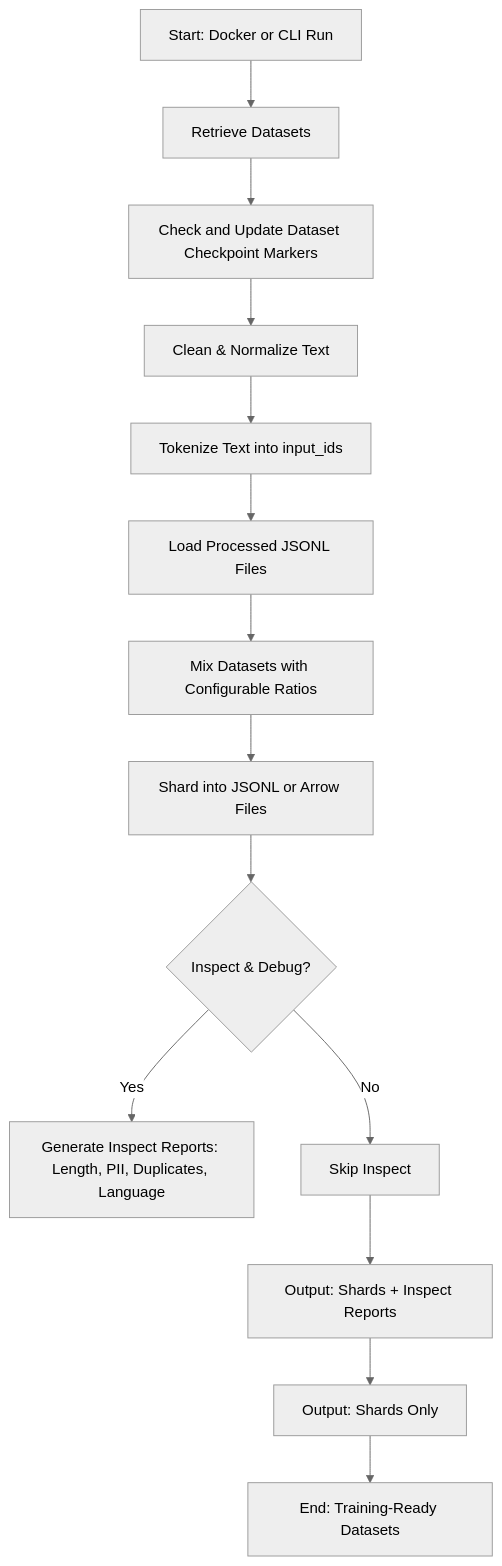
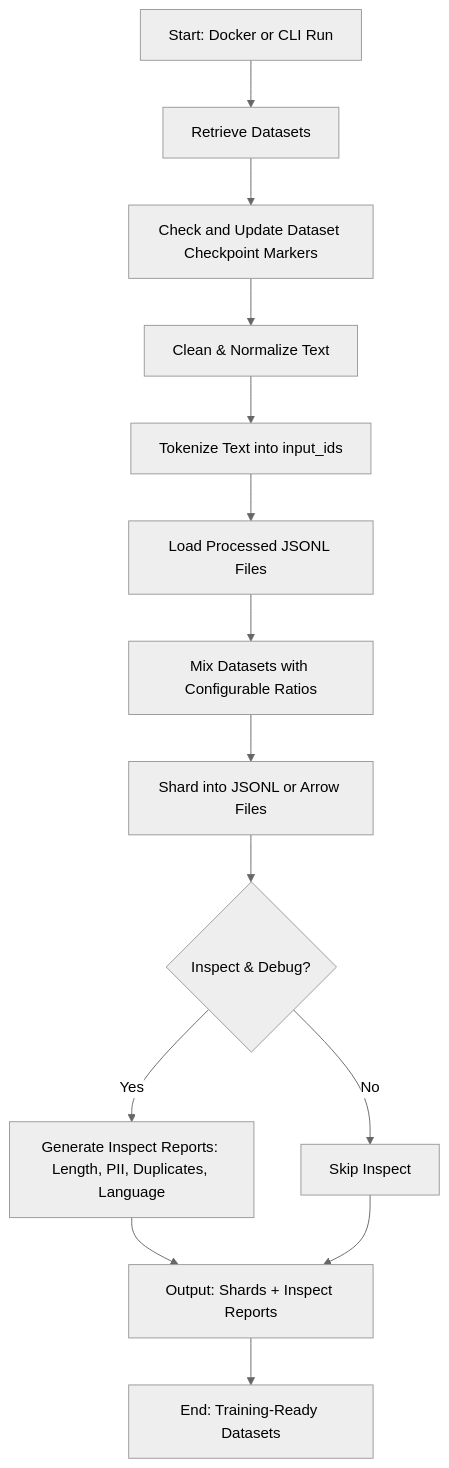
One commit to capslockd/LLM-training-pipeline changed the diagram in DESIGN_REPORT.md. Above: the diagram before and after it, drawn with Mermaid (neutral theme).

````diff
--- a/DESIGN_REPORT.md
+++ b/DESIGN_REPORT.md
@@ -55,16 +55,16 @@
 ```mermaid
 flowchart TD
     A[Start: Docker or CLI Run] --> B[Retrieve Datasets]
     B --> C[Check and Update Dataset Checkpoint Markers]
     C --> D[Clean & Normalize Text]
     D --> E[Tokenize Text into input_ids]
     E --> F[Load Processed JSONL Files]
     F --> G[Mix Datasets with Configurable Ratios]
     G --> H[Shard into JSONL or Arrow Files]
     H --> I{Inspect & Debug?}
     I -- Yes --> J[Generate Inspect Reports: Length, PII, Duplicates, Language]
     I -- No --> K[Skip Inspect]
-    K --> L[Output: Shards + Inspect Reports]
-    L --> M[Output: Shards Only]
-    M --> O[End: Training-Ready Datasets]
+    J --> L[Output: Shards + Inspect Reports]
+    K --> L
+    L --> M[End: Training-Ready Datasets]
 ```
````
